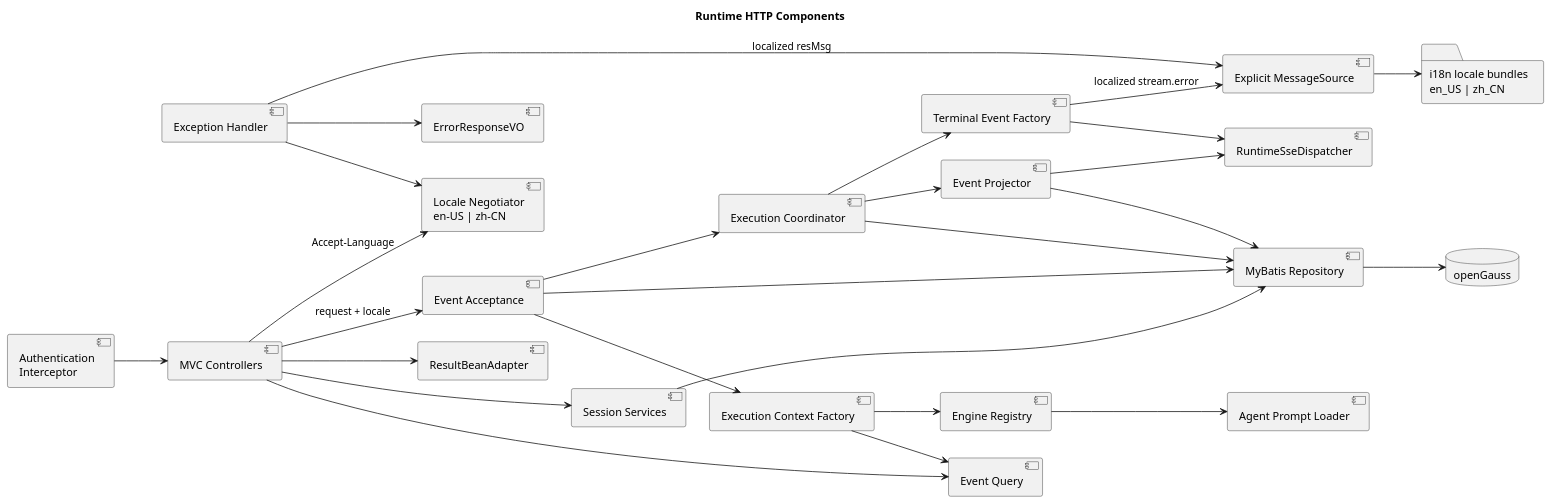
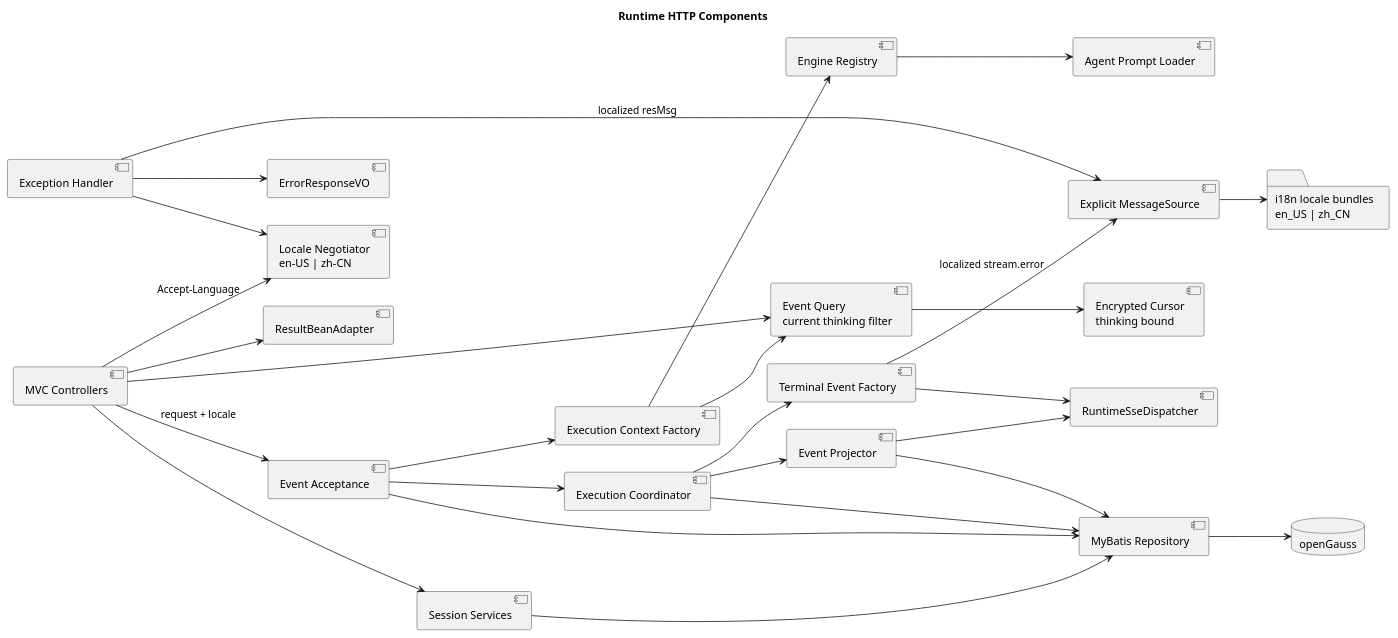
One commit to 2862282695gjh-afk/pi-mono-java changed the third of 3 diagrams in docs/designs/coding-agent-cli/diagram.puml. Above: the diagram before and after it, drawn with PlantUML. The commit also changed other lines of this file and 104 other files, not shown here.

```diff
--- a/docs/designs/coding-agent-cli/diagram.puml
+++ b/docs/designs/coding-agent-cli/diagram.puml
@@ -58,64 +58,66 @@
 @startuml runtime-http-components
 title Runtime HTTP Components
 left to right direction
 
-' Source evidence baseline: implementation commit 3a6358bc9dd5837cdf5ac866fc0761298372510a.
+' Source evidence baseline: origin/main commit 3d9b9c55569486f024d6a507ce004101a56dee3f.
 ' Source: modules/coding-agent-cli/src/main/java/com/campusclaw/codingagent/runtimeapi/web, Controller classes.
 ' Source: modules/coding-agent-cli/src/main/java/com/campusclaw/codingagent/runtimeapi/web/RuntimeRequestContext.java, RuntimeRequestContext#locale.
 ' Source: modules/coding-agent-cli/src/main/java/com/campusclaw/codingagent/runtimeapi/event/RuntimeEventService.java.
 ' Source: modules/coding-agent-cli/src/main/java/com/campusclaw/codingagent/runtimeapi/event/RuntimeEventQueryService.java.
 ' Source: modules/coding-agent-cli/src/main/java/com/campusclaw/codingagent/runtimeapi/event/RuntimeExecutionCoordinator.java.
+' Source: modules/coding-agent-cli/src/main/java/com/campusclaw/codingagent/runtimeapi/event/RuntimeEventProjector.java.
+' Source: modules/coding-agent-cli/src/main/java/com/campusclaw/codingagent/runtimeapi/event/RuntimeEventCursorCodec.java.
 ' Source: modules/coding-agent-cli/src/main/java/com/campusclaw/codingagent/runtimeapi/persistence/MyBatisRuntimeSessionRepository.java.
 ' Observed behavior: blocking MVC boundaries delegate execution to the agent engine and stream through bounded SSE subscribers.
-' Observed behavior: root messages.properties and messages_zh_CN.properties rely on the default Spring Boot message source.
-' Target-only design: explicit en_US and zh_CN bundles live under i18n and an explicit MessageSource loads them.
-' Architecture change: no base messages.properties is retained, so default message-source auto-configuration is not used.
-' Design reason: separate request acceptance, history queries, and the asynchronous execution lifecycle.
+' Observed behavior: explicit en_US and zh_CN bundles live under i18n and an explicit MessageSource loads them.
+' Architecture change: integration headers reach MVC without a Runtime authentication interceptor; upstream validates credentials.
+' Architecture change: the execution snapshot gates thinking SSE, while Event Query filters completed thinking by current Session state.
+' Design reason: keep integration authentication outside Runtime and bind event pagination to the selected visibility policy.
 
 component "MVC Controllers" as Controllers
-component "Authentication\nInterceptor" as Auth
 component "Locale Negotiator\nen-US | zh-CN" as LocaleNegotiator
 component "Exception Handler" as Errors
 component "ResultBeanAdapter" as Result
 component "ErrorResponseVO" as ErrorBody
 component "Explicit MessageSource" as MessageSource
 folder "i18n locale bundles\nen_US | zh_CN" as Bundles
 component "Session Services" as Sessions
 component "Event Acceptance" as Events
-component "Event Query" as Queries
+component "Event Query\ncurrent thinking filter" as Queries
+component "Encrypted Cursor\nthinking bound" as Cursor
 component "Execution Context Factory" as Context
 component "Execution Coordinator" as Coordinator
 component "Terminal Event Factory" as TerminalEvents
 component "Event Projector" as Projector
 component "RuntimeSseDispatcher" as Sse
 component "Engine Registry" as Engine
 component "Agent Prompt Loader" as Prompt
 component "MyBatis Repository" as Repository
 database "openGauss" as Db
 
-Auth --> Controllers
 Controllers --> LocaleNegotiator : Accept-Language
 Controllers --> Sessions
 Controllers --> Events : request + locale
 Controllers --> Queries
 Controllers --> Result
 Errors --> LocaleNegotiator
 Errors --> MessageSource : localized resMsg
 Errors --> ErrorBody
 MessageSource --> Bundles
 Sessions --> Repository
 Events --> Repository
 Events --> Context
 Events --> Coordinator
 Context --> Queries
+Queries --> Cursor
 Context --> Engine
 Coordinator --> TerminalEvents
 Coordinator --> Projector
 Coordinator --> Repository
 TerminalEvents --> MessageSource : localized stream.error
 TerminalEvents --> Sse
 Projector --> Repository
 Projector --> Sse
 Engine --> Prompt
 Repository --> Db
 @enduml
```
